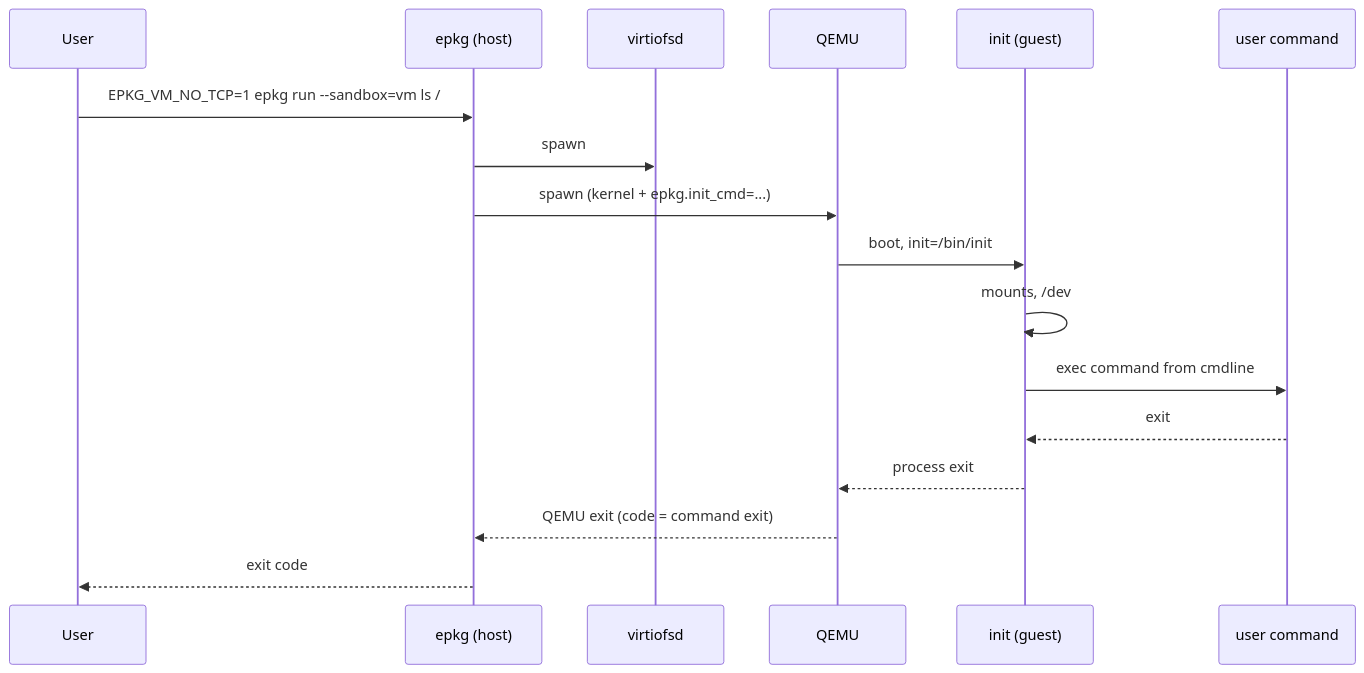
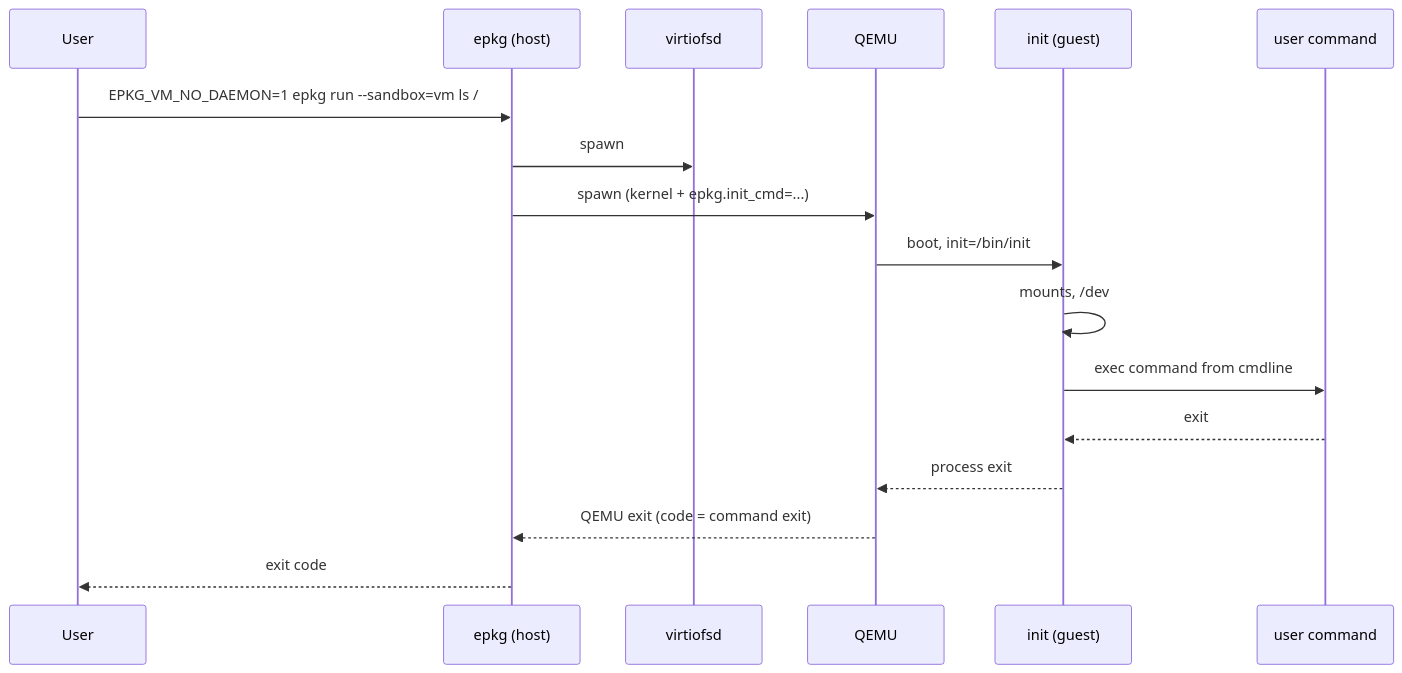
One commit to xiaobingling93-pixel/openeuler-epkg changed the third of 3 diagrams in docs/design-notes/sandbox-vmm.md. Above: the diagram before and after it, drawn with Mermaid. The commit also changed other lines of this file and 18 other files, not shown here.

````diff
--- a/docs/design-notes/sandbox-vmm.md
+++ b/docs/design-notes/sandbox-vmm.md
@@ -148,20 +148,20 @@
 ```mermaid
 sequenceDiagram
   participant U as User
   participant H as epkg (host)
   participant V as virtiofsd
   participant Q as QEMU
   participant I as init (guest)
   participant C as user command
 
-  U->>H: EPKG_VM_NO_TCP=1 epkg run --sandbox=vm ls /
+  U->>H: EPKG_VM_NO_DAEMON=1 epkg run --sandbox=vm ls /
   H->>V: spawn
   H->>Q: spawn (kernel + epkg.init_cmd=...)
   Q->>I: boot, init=/bin/init
   I->>I: mounts, /dev
   I->>C: exec command from cmdline
   C-->>I: exit
   I-->>Q: process exit
   Q-->>H: QEMU exit (code = command exit)
   H-->>U: exit code
 ```
````
